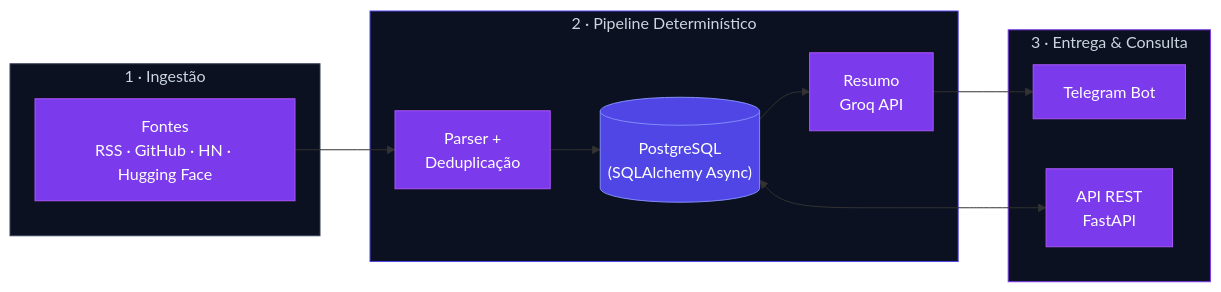
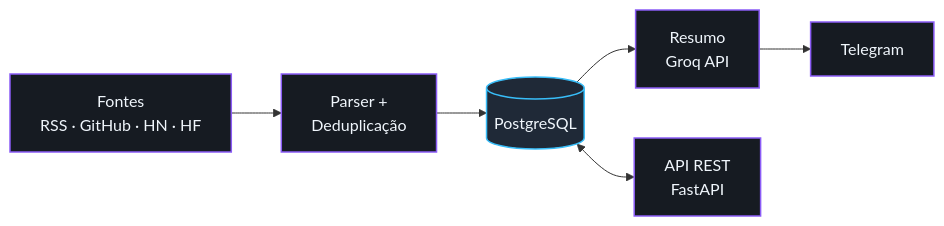
One commit to rafaelmaia-dev/rafaelmaia-dev changed the first of 2 diagrams in README.md. Above: the diagram before and after it, drawn with Mermaid. The commit also changed other lines of this file, not shown here.

````diff
--- a/README.md
+++ b/README.md
@@ -68,27 +28,13 @@
 ```mermaid
 flowchart LR
-    subgraph IN["1 · Ingestão"]
-        A["Fontes<br/>RSS · GitHub · HN · Hugging Face"]
-    end
-    subgraph CORE["2 · Pipeline Determinístico"]
-        B["Parser +<br/>Deduplicação"]
-        C[("PostgreSQL<br/>(SQLAlchemy Async)")]
-        D["Resumo<br/>Groq API"]
-    end
-    subgraph OUT["3 · Entrega & Consulta"]
-        E["Telegram Bot"]
-        F["API REST<br/>FastAPI"]
-    end
+    A["Fontes<br/>RSS · GitHub · HN · HF"] --> B["Parser +<br/>Deduplicação"]
+    B --> C[("PostgreSQL")]
+    C --> D["Resumo<br/>Groq API"]
+    D --> E["Telegram"]
+    C <--> F["API REST<br/>FastAPI"]
 
-    A --> B --> C
-    C --> D --> E
-    C <--> F
-
-    classDef node fill:#7C3AED,stroke:#A855F7,color:#fff
-    classDef db fill:#4F46E5,stroke:#818CF8,color:#fff
-    class A,B,D,E,F node
+    classDef dark fill:#161B22,stroke:#8B5CF6,color:#F0F6FC,stroke-width:1.5px
+    classDef db fill:#1F2937,stroke:#38BDF8,color:#F0F6FC,stroke-width:1.5px
+    class A,B,D,E,F dark
     class C db
-    style IN fill:#0B1120,stroke:#334155,color:#CBD5E1
-    style CORE fill:#0B1120,stroke:#4F46E5,color:#CBD5E1
-    style OUT fill:#0B1120,stroke:#7C3AED,color:#CBD5E1
 ```
````
